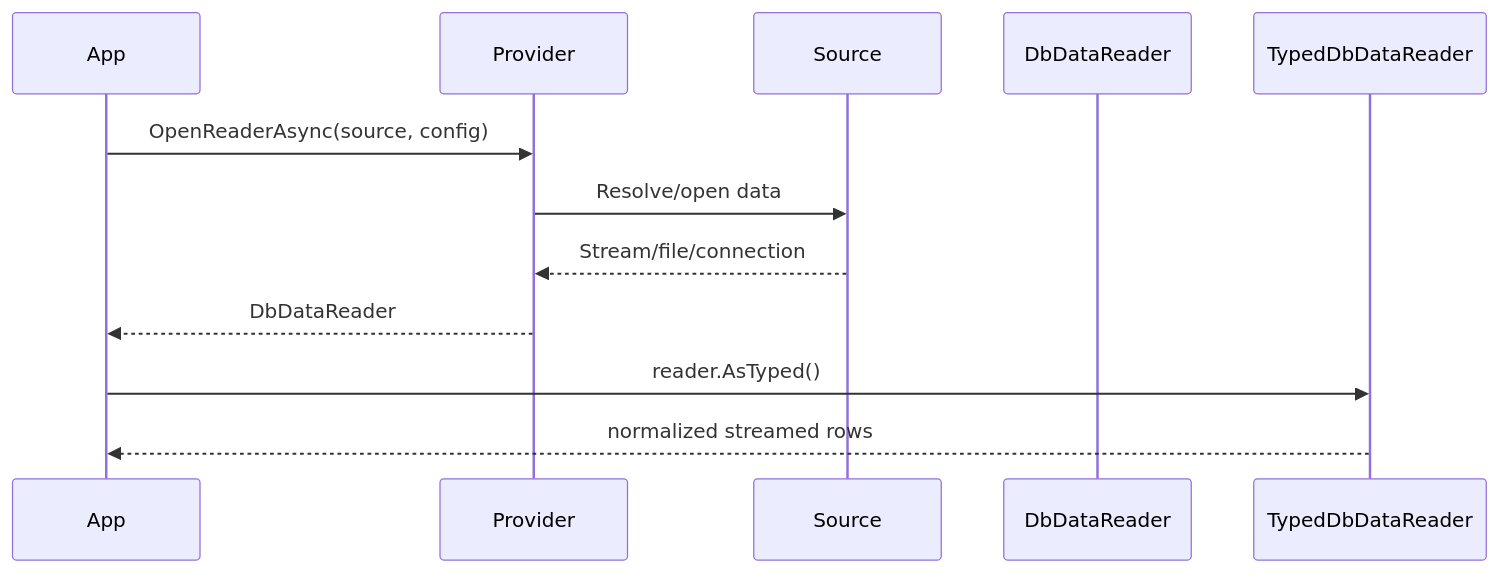
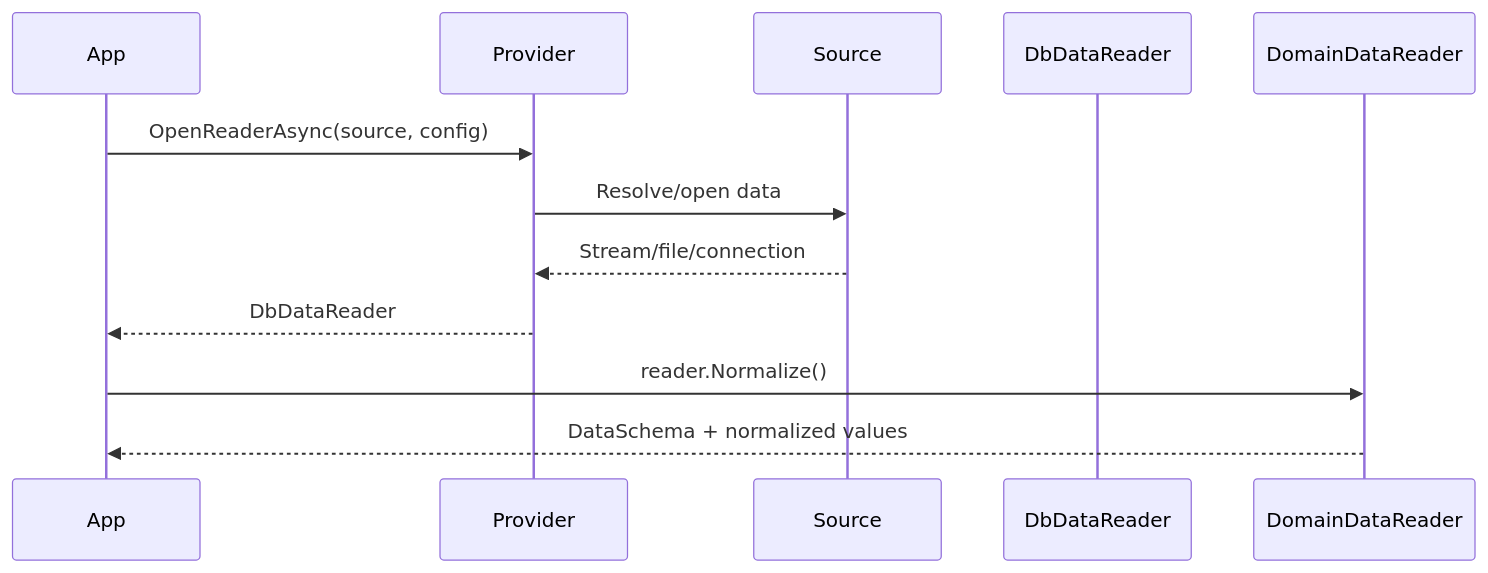
Before and after one commit to MikeKondr99/Loader: the first of 2 diagrams in docs/data-flow.md, drawn with Mermaid. The commit also changed other lines of this file and 8 other files, not shown here.

````diff
--- a/docs/data-flow.md
+++ b/docs/data-flow.md
@@ -5,15 +5,15 @@
 ```mermaid
 sequenceDiagram
     participant App
     participant Provider
     participant Source
     participant Reader as DbDataReader
-    participant Typed as TypedDbDataReader
+    participant Domain as DomainDataReader
 
     App->>Provider: OpenReaderAsync(source, config)
     Provider->>Source: Resolve/open data
     Source-->>Provider: Stream/file/connection
     Provider-->>App: DbDataReader
-    App->>Typed: reader.AsTyped()
-    Typed-->>App: normalized streamed rows
+    App->>Domain: reader.Normalize()
+    Domain-->>App: DataSchema + normalized values
 ```
````
